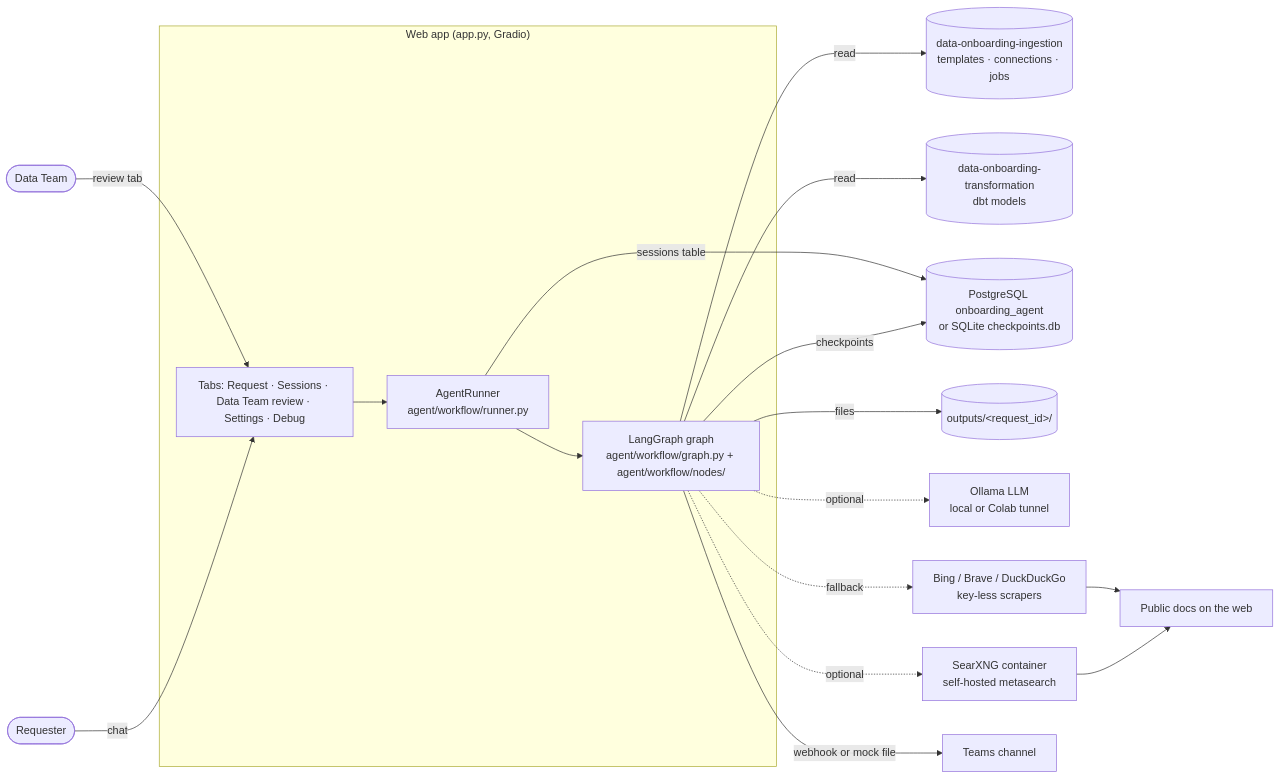
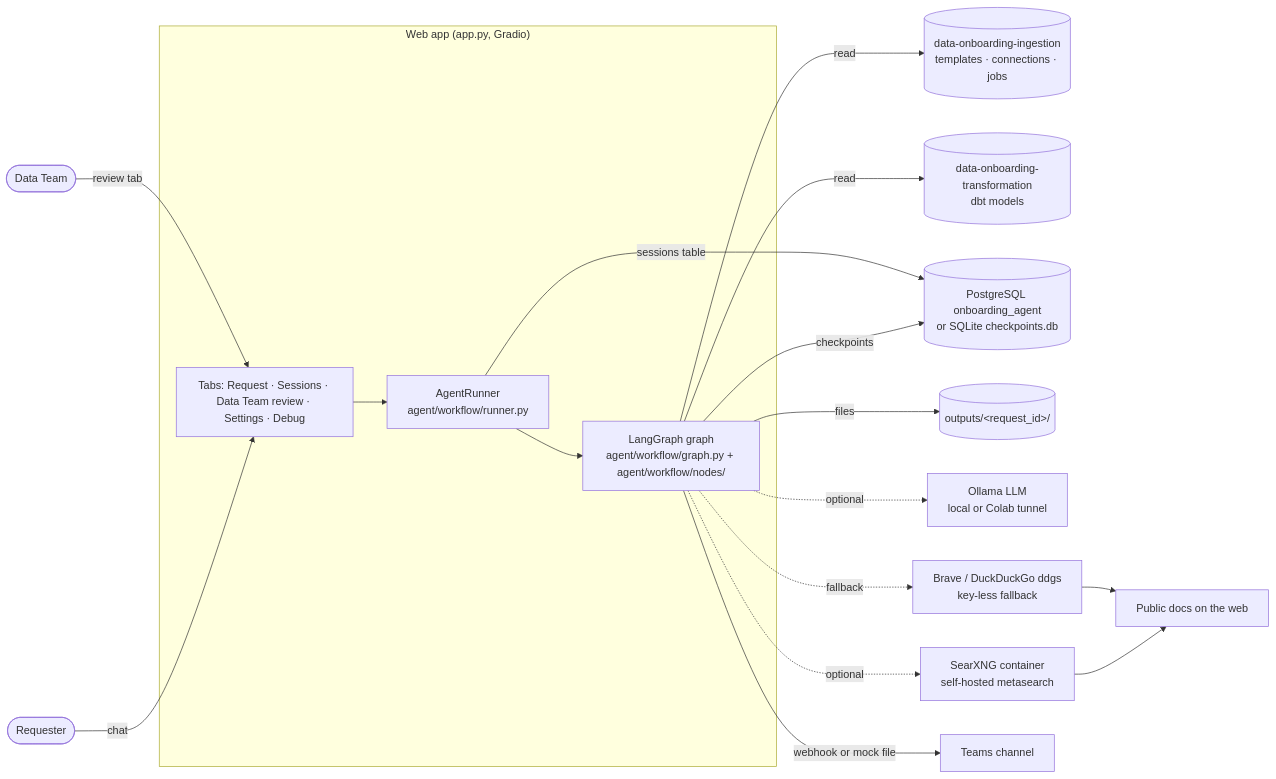
The first of 2 diagrams in docs/ARCHITECTURE.md (thanhphat2609/data-onboarding-agent), drawn with Mermaid before and after one commit. The commit also changed other lines of this file and 8 other files, not shown here.

First line of the commit message:
Remove dead code: Bing and html DuckDuckGo engines, is_pdf, runner.threads, sessions.STATUSES (#3)

````diff
--- a/docs/ARCHITECTURE.md
+++ b/docs/ARCHITECTURE.md
@@ -7,22 +7,22 @@
 ```mermaid
 flowchart LR
     R([Requester]) -- chat --> UI
     DT([Data Team]) -- review tab --> UI
     subgraph App["Web app (app.py, Gradio)"]
         UI[Tabs: Request · Sessions · Data Team review · Settings · Debug]
         RUN[AgentRunner<br/>agent/workflow/runner.py]
         G[LangGraph graph<br/>agent/workflow/graph.py + agent/workflow/nodes/]
         UI --> RUN --> G
     end
     G -- read --> ING[(data-onboarding-ingestion<br/>templates · connections · jobs)]
     G -- read --> TRF[(data-onboarding-transformation<br/>dbt models)]
     G -- checkpoints --> DB[(PostgreSQL onboarding_agent<br/>or SQLite checkpoints.db)]
     RUN -- sessions table --> DB
     G -- files --> OUT[(outputs/&lt;request_id&gt;/)]
     G -. optional .-> LLM[Ollama LLM<br/>local or Colab tunnel]
     G -. optional .-> SX[SearXNG container<br/>self-hosted metasearch]
     SX --> WEB[Public docs on the web]
-    G -. fallback .-> WEB2[Bing / Brave / DuckDuckGo<br/>key-less scrapers]
+    G -. fallback .-> WEB2[Brave / DuckDuckGo ddgs<br/>key-less fallback]
     WEB2 --> WEB
     G -- webhook or mock file --> T[Teams channel]
 ```
````
